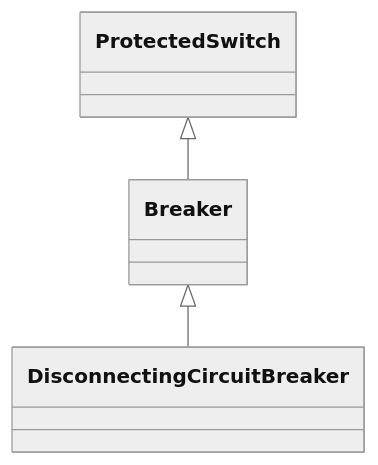
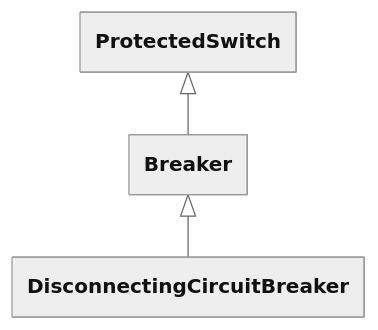
Before and after one commit to cim-cgmes/cim-cgmes.github.io: the diagram in pages/docs/Classes/Breaker.md, drawn with Mermaid (neutral theme). The commit also changed 561 other files, not shown here.

````diff
--- a/pages/docs/Classes/Breaker.md
+++ b/pages/docs/Classes/Breaker.md
@@ -7,5 +7,12 @@
 ```mermaid
+---
+  config:
+    class:
+      hideEmptyMembersBox: true
+---
 classDiagram
     ProtectedSwitch <|-- Breaker
+    click ProtectedSwitch href "ProtectedSwitch"
     Breaker <|-- DisconnectingCircuitBreaker
+    click DisconnectingCircuitBreaker href "DisconnectingCircuitBreaker"
 ```
````
